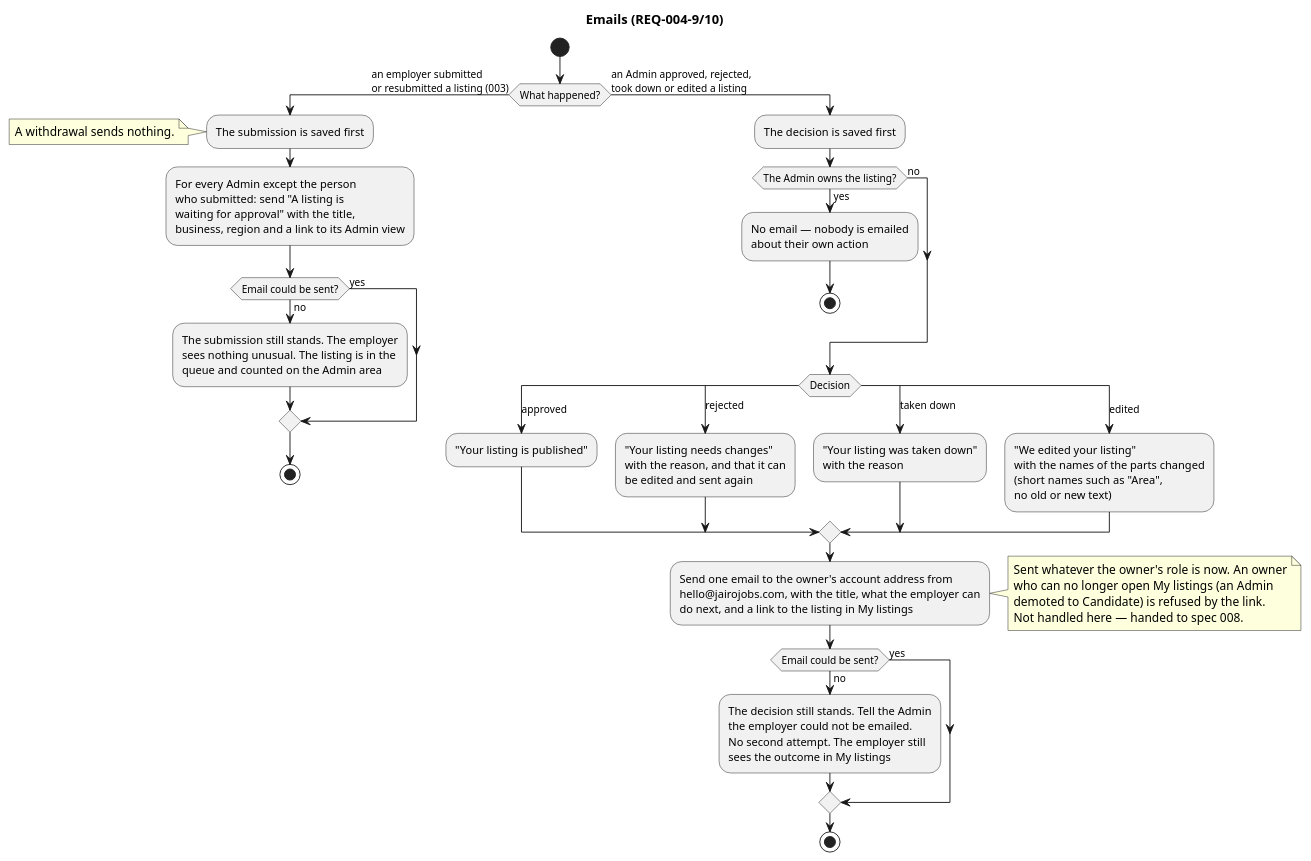
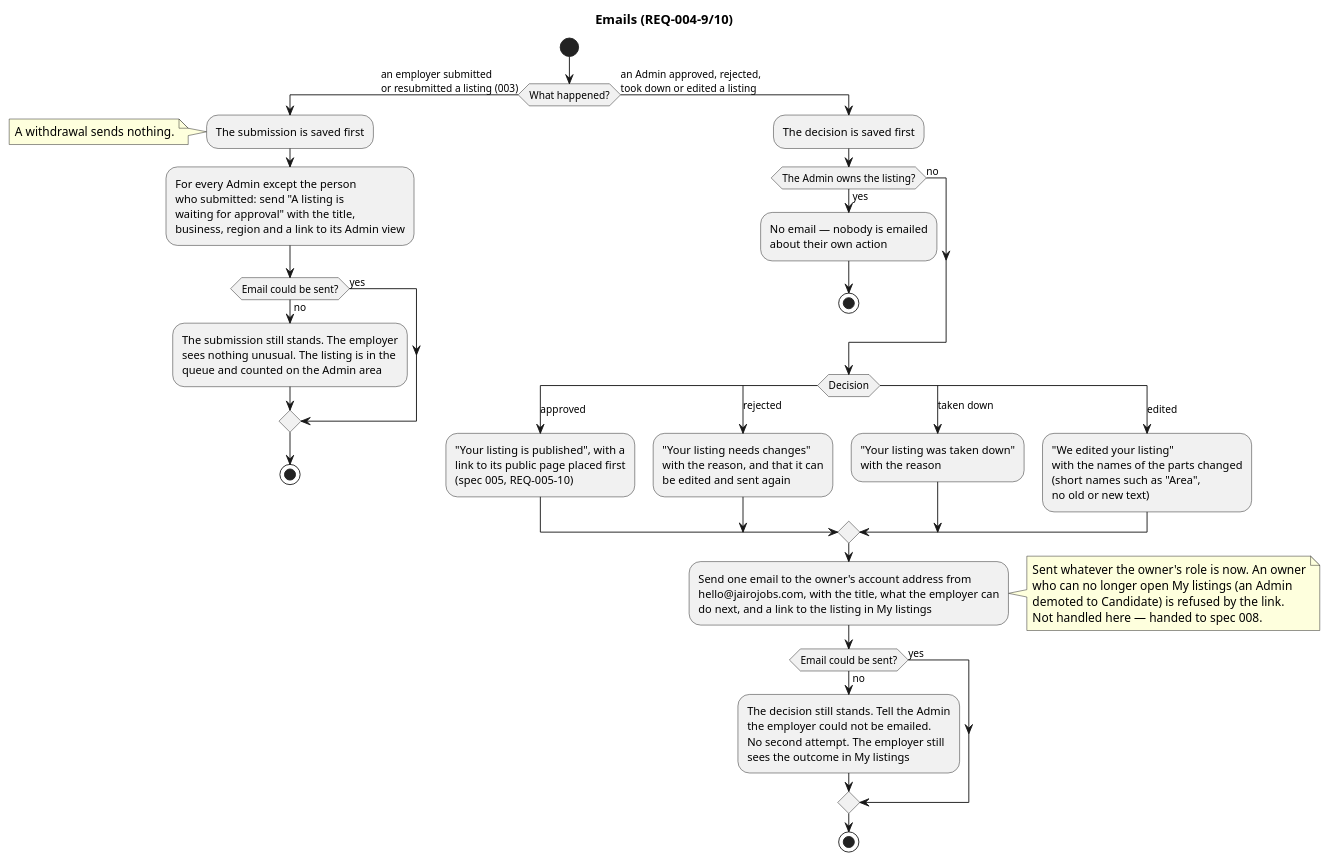
One commit to raseniero/jairojobs-elixir changed the diagram in docs/specs/004-listings-admin-moderation/diagrams/activity-emails.puml. Above: the diagram before and after it, drawn with PlantUML. The commit also changed 20 other files, not shown here.

Commit message:
feat(listings): the approval email carries the public link (REQ-005-10, REQ-004-9)

```diff
--- a/docs/specs/004-listings-admin-moderation/diagrams/activity-emails.puml
+++ b/docs/specs/004-listings-admin-moderation/diagrams/activity-emails.puml
@@ -1,64 +1,66 @@
 @startuml activity-emails
 ' Spec 004 — emails to the employer and to Admins (REQ-004-9, -10)
 title Emails (REQ-004-9/10)
 
 start
 if (What happened?) then (an employer submitted\nor resubmitted a listing (003))
   :The submission is saved first;
   note left
     A withdrawal sends nothing.
   end note
   :For every Admin except the person
   who submitted: send "A listing is
   waiting for approval" with the title,
   business, region and a link to its Admin view;
   if (Email could be sent?) then (no)
     :The submission still stands. The employer
     sees nothing unusual. The listing is in the
     queue and counted on the Admin area;
   else (yes)
   endif
   stop
 else (an Admin approved, rejected,\ntook down or edited a listing)
   :The decision is saved first;
   if (The Admin owns the listing?) then (yes)
     :No email — nobody is emailed
     about their own action;
     stop
   else (no)
   endif
   switch (Decision)
   case (approved)
-    :"Your listing is published";
+    :"Your listing is published", with a
+    link to its public page placed first
+    (spec 005, REQ-005-10);
   case (rejected)
     :"Your listing needs changes"
     with the reason, and that it can
     be edited and sent again;
   case (taken down)
     :"Your listing was taken down"
     with the reason;
   case (edited)
     :"We edited your listing"
     with the names of the parts changed
     (short names such as "Area",
     no old or new text);
   endswitch
   :Send one email to the owner's account address from
   hello@jairojobs.com, with the title, what the employer can
   do next, and a link to the listing in My listings;
   note right
     Sent whatever the owner's role is now. An owner
     who can no longer open My listings (an Admin
     demoted to Candidate) is refused by the link.
     Not handled here — handed to spec 008.
   end note
   if (Email could be sent?) then (no)
     :The decision still stands. Tell the Admin
     the employer could not be emailed.
     No second attempt. The employer still
     sees the outcome in My listings;
   else (yes)
   endif
   stop
 endif
 @enduml
```
